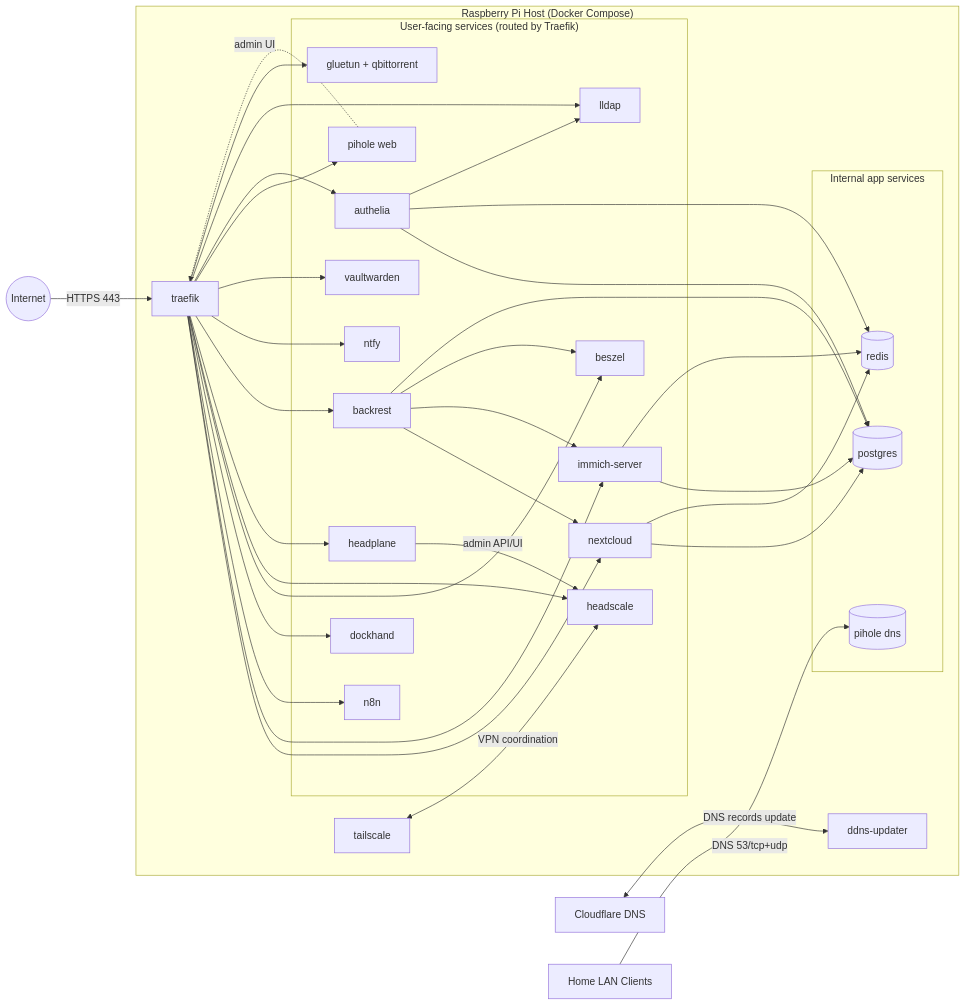
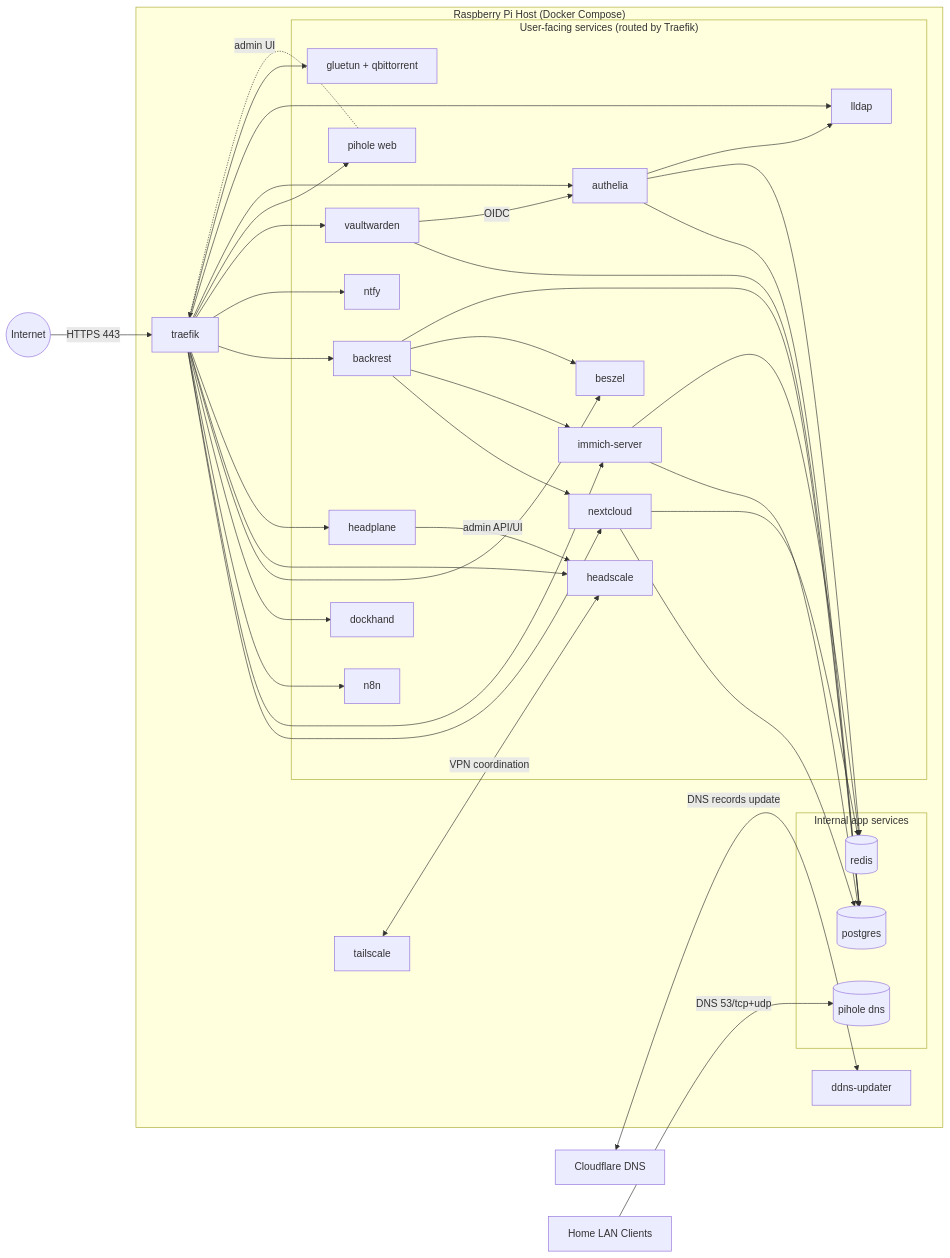
One commit to florianajir/pi-web changed the first of 3 diagrams in docs/ARCHITECTURE.md. Above: the diagram before and after it, drawn with Mermaid. The commit also changed other lines of this file and 7 other files, not shown here.

First line of the commit message:
feat(vaultwarden): shared postgres, Authelia OIDC, closed signups

````diff
--- a/docs/ARCHITECTURE.md
+++ b/docs/ARCHITECTURE.md
@@ -5,70 +5,72 @@
 ```mermaid
 flowchart LR
   Internet((Internet))
   Cloudflare[Cloudflare DNS]
   LAN[Home LAN Clients]
 
   subgraph Pi["Raspberry Pi Host (Docker Compose)"]
     DDNS[ddns-updater]
     Traefik[traefik]
     Tailscale[tailscale]
 
     subgraph Apps["User-facing services (routed by Traefik)"]
       Nextcloud[nextcloud]
       Immich[immich-server]
       N8N[n8n]
       Dockhand[dockhand]
       Beszel[beszel]
       Headscale[headscale]
       Headplane[headplane]
       Backrest[backrest]
       Ntfy[ntfy]
       Vaultwarden[vaultwarden]
       PiholeWeb[pihole web]
       Authelia[authelia]
       Lldap[lldap]
       Gluetun[gluetun + qbittorrent]
     end
 
     subgraph Internal["Internal app services"]
       Postgres[(postgres)]
       Redis[(redis)]
       PiholeDNS[(pihole dns)]
     end
   end
 
   Internet -->|HTTPS 443| Traefik
   Cloudflare <-->|DNS records update| DDNS
   Traefik --> Nextcloud
   Traefik --> Immich
   Traefik --> N8N
   Traefik --> Dockhand
   Traefik --> Beszel
   Traefik --> Headscale
   Traefik --> Headplane
   Traefik --> Backrest
   Traefik --> Ntfy
   Traefik --> Vaultwarden
   Traefik --> PiholeWeb
   Traefik --> Authelia
   Traefik --> Lldap
   Traefik --> Gluetun
 
   Nextcloud --> Postgres
   Nextcloud --> Redis
   Immich --> Postgres
   Immich --> Redis
   Authelia --> Postgres
   Authelia --> Redis
   Authelia --> Lldap
+  Vaultwarden --> Postgres
+  Vaultwarden -->|"OIDC"| Authelia
   Backrest --> Nextcloud
   Backrest --> Immich
   Backrest --> Beszel
   Backrest --> Postgres
 
   LAN -->|DNS 53/tcp+udp| PiholeDNS
   PiholeWeb -.admin UI.-> Traefik
 
   Tailscale <-->|VPN coordination| Headscale
   Headplane -->|admin API/UI| Headscale
 ```
````
